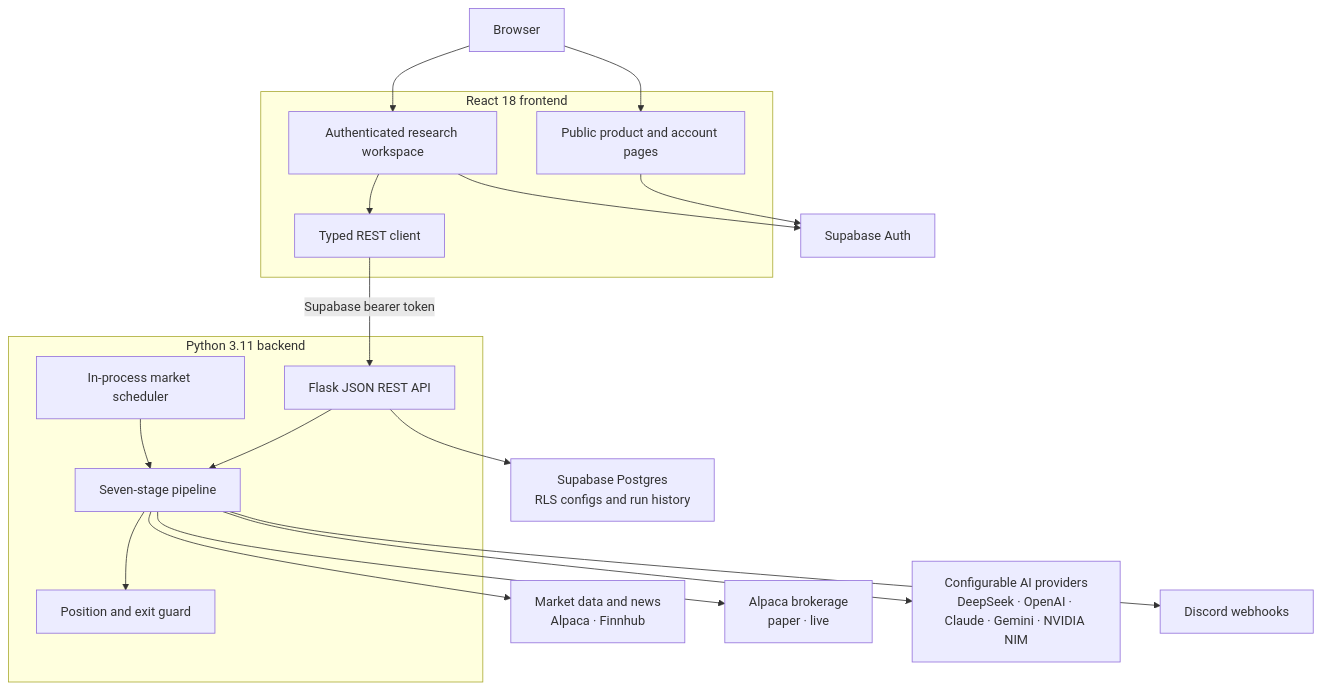
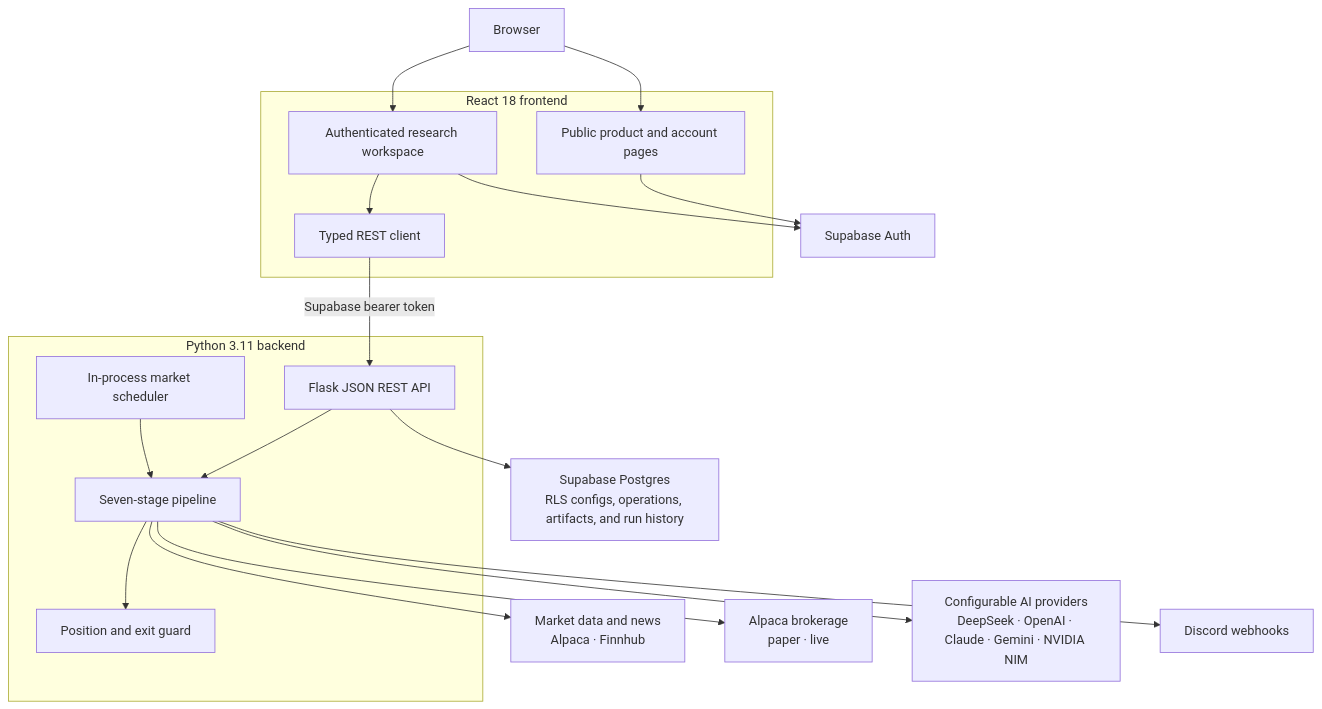
Before and after one commit to Danielchen0101/Alpha_lab: the second of 2 diagrams in README.md, drawn with Mermaid. The commit also changed other lines of this file and 143 other files, not shown here.

```diff
--- a/README.md
+++ b/README.md
@@ -91,39 +93,39 @@
 ~~~mermaid
 flowchart TB
     user["Browser"]
 
     subgraph web["React 18 frontend"]
         public["Public product and account pages"]
         workspace["Authenticated research workspace"]
         client["Typed REST client"]
     end
 
     subgraph core["Python 3.11 backend"]
         api["Flask JSON REST API"]
         pipeline["Seven-stage pipeline"]
         scheduler["In-process market scheduler"]
         guard["Position and exit guard"]
     end
 
     auth["Supabase Auth"]
-    db["Supabase Postgres<br>RLS configs and run history"]
+    db["Supabase Postgres<br>RLS configs, operations, artifacts, and run history"]
     market["Market data and news<br>Alpaca · Finnhub"]
     broker["Alpaca brokerage<br>paper · live"]
     ai["Configurable AI providers<br>DeepSeek · OpenAI · Claude · Gemini · NVIDIA NIM"]
     discord["Discord webhooks"]
 
     user --> public
     user --> workspace
     public --> auth
     workspace --> auth
     workspace --> client
     client -->|"Supabase bearer token"| api
     api --> pipeline
     scheduler --> pipeline
     pipeline --> guard
     api --> db
     pipeline --> market
     pipeline --> broker
     pipeline --> ai
     pipeline --> discord
 ~~~
```
